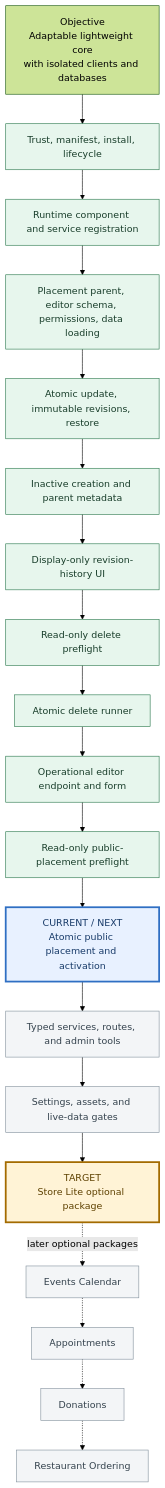
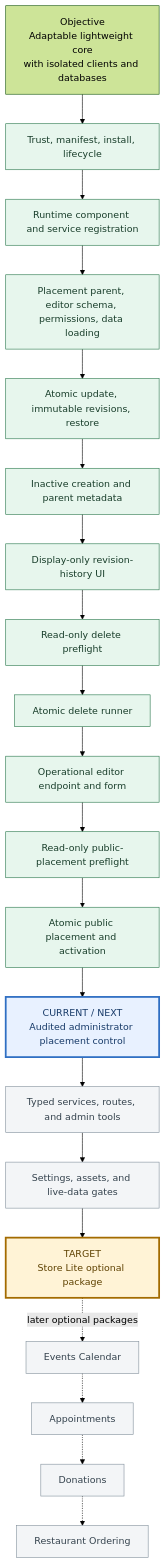
One commit to orojas01-glitch/redcms changed the diagram in docs/ADD-ON-PLATFORM-STATUS.md. Above: the diagram before and after it, drawn with Mermaid (forest theme). The commit also changed other lines of this file and 11 other files, not shown here.

Commit message:
Add atomic component public placement

````diff
--- a/docs/ADD-ON-PLATFORM-STATUS.md
+++ b/docs/ADD-ON-PLATFORM-STATUS.md
@@ -7,31 +7,32 @@
 ```mermaid
 flowchart TD
     O["Objective<br/>Adaptable lightweight core<br/>with isolated clients and databases"]
     O --> F1["Trust, manifest, install, lifecycle"]
     F1 --> F2["Runtime component and service registration"]
     F2 --> F3["Placement parent, editor schema, permissions, data loading"]
     F3 --> F4["Atomic update, immutable revisions, restore"]
     F4 --> F5["Inactive creation and parent metadata"]
     F5 --> F6["Display-only revision-history UI"]
     F6 --> F7["Read-only delete preflight"]
     F7 --> F8["Atomic delete runner"]
     F8 --> F9["Operational editor endpoint and form"]
     F9 --> F10["Read-only public-placement preflight"]
-    F10 --> C["CURRENT / NEXT<br/>Atomic public placement and activation"]
+    F10 --> F11["Atomic public placement and activation"]
+    F11 --> C["CURRENT / NEXT<br/>Audited administrator placement control"]
     C --> G4["Typed services, routes, and admin tools"]
     G4 --> G5["Settings, assets, and live-data gates"]
     G5 --> S["TARGET<br/>Store Lite optional package"]
     S -. later optional packages .-> E["Events Calendar"]
     E -.-> A["Appointments"]
     A -.-> D["Donations"]
     D -.-> R["Restaurant Ordering"]
 
     classDef complete fill:#e7f6ed,stroke:#27764a,color:#183d2a;
     classDef current fill:#e8f1ff,stroke:#2f6fc3,color:#173a68,stroke-width:3px;
     classDef remaining fill:#f3f5f7,stroke:#82909c,color:#34424d;
     classDef target fill:#fff3d6,stroke:#a36b00,color:#5e4100,stroke-width:3px;
-    class F1,F2,F3,F4,F5,F6,F7,F8,F9,F10 complete;
+    class F1,F2,F3,F4,F5,F6,F7,F8,F9,F10,F11 complete;
     class C current;
     class G4,G5,E,A,D,R remaining;
     class S target;
 ```
````
